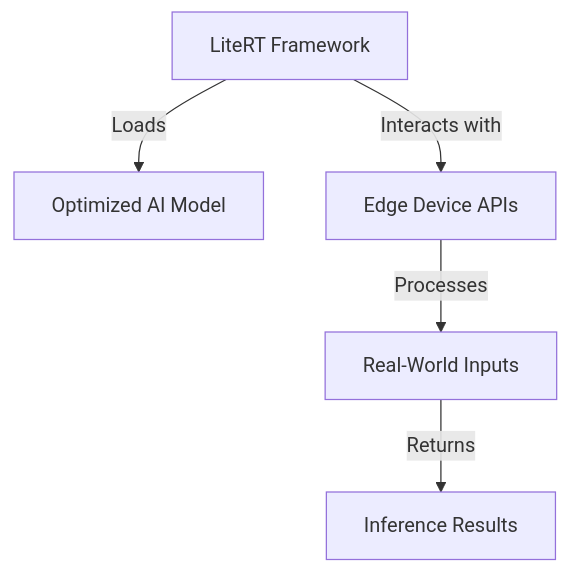
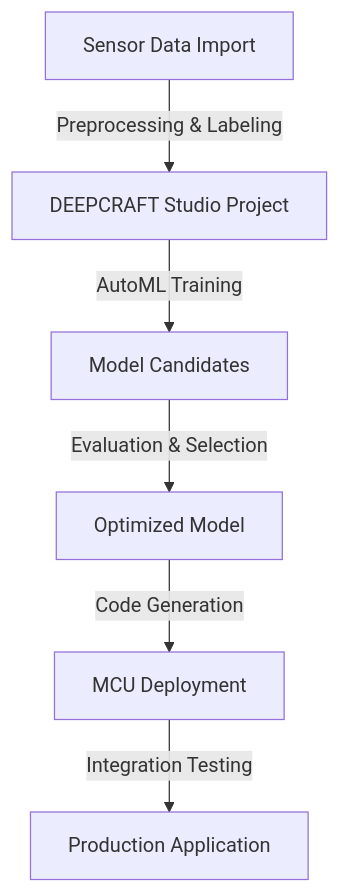
The diagram in core/systems/edge-computing/edge-ai/concepts/frameworks/deepcraft/deepcraft-core-inter.md (afondiel/computer-science-notebook), drawn with Mermaid before and after one commit. The commit also changed other lines of this file and 2 other files, not shown here.

Commit message:
core-edge-ai: update deepcraft notes

````diff
--- a/core/systems/edge-computing/edge-ai/concepts/frameworks/deepcraft/deepcraft-core-inter.md
+++ b/core/systems/edge-computing/edge-ai/concepts/frameworks/deepcraft/deepcraft-core-inter.md
@@ -56,7 +43,8 @@
 ```mermaid
 graph TD
-A[LiteRT Framework] -->|Loads| B[Optimized AI Model]
-A -->|Interacts with| C[Edge Device APIs]
-C -->|Processes| D[Real-World Inputs]
-D -->|Returns| E[Inference Results]
+    A[Sensor Data Import] -->|Preprocessing & Labeling| B[DEEPCRAFT Studio Project]
+    B -->|AutoML Training| C[Model Candidates]
+    C -->|Evaluation & Selection| D[Optimized Model]
+    D -->|Code Generation| E[MCU Deployment]
+    E -->|Integration Testing| F[Production Application]
 ```
````
